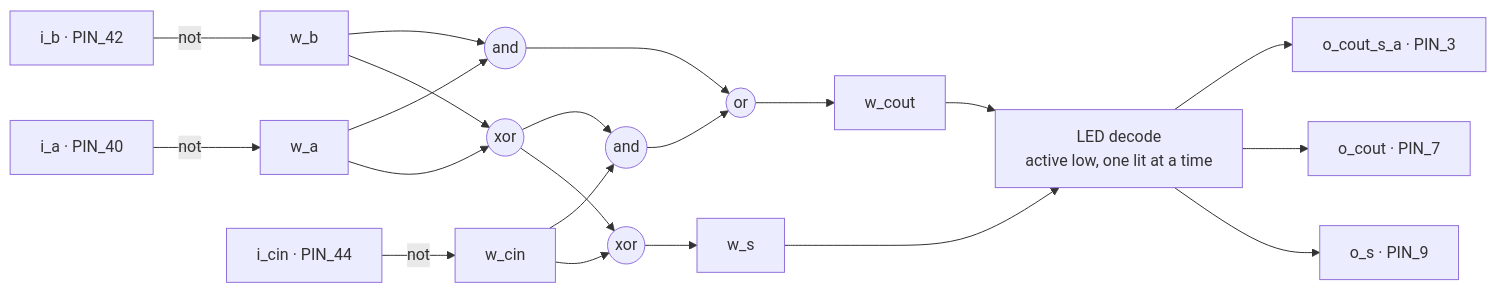
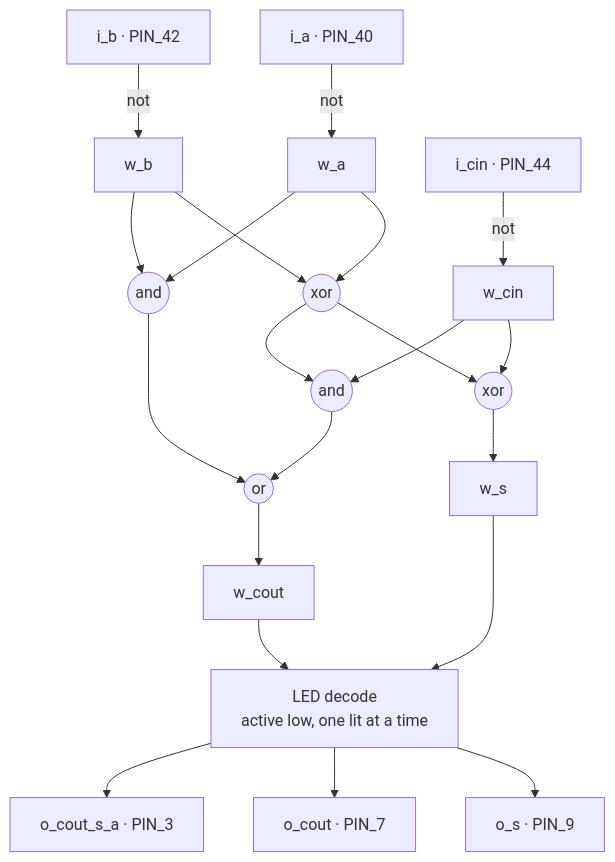
One commit to spaceadler/vHDL-mini-project changed the diagram in README.md. Above: the diagram before and after it, drawn with Mermaid.

Commit message:
docs: diagrams flow top-to-bottom where they were too wide for GitHub's frame

````diff
--- a/README.md
+++ b/README.md
@@ -15,16 +15,16 @@
 ```mermaid
-flowchart LR
+flowchart TB
     a["i_a · PIN_40"] -->|not| wa[w_a]
     b["i_b · PIN_42"] -->|not| wb[w_b]
     c["i_cin · PIN_44"] -->|not| wc[w_cin]
     wa & wb --> x1(("xor")) --> x2(("xor"))
     wc --> x2
     x2 --> s[w_s]
     wa & wb --> a1(("and"))
     x1 & wc --> a2(("and"))
     a1 & a2 --> o1(("or")) --> co[w_cout]
     s & co --> dec["LED decode<br/>active low, one lit at a time"]
     dec --> l1["o_s · PIN_9"]
     dec --> l2["o_cout · PIN_7"]
     dec --> l3["o_cout_s_a · PIN_3"]
 ```
````
